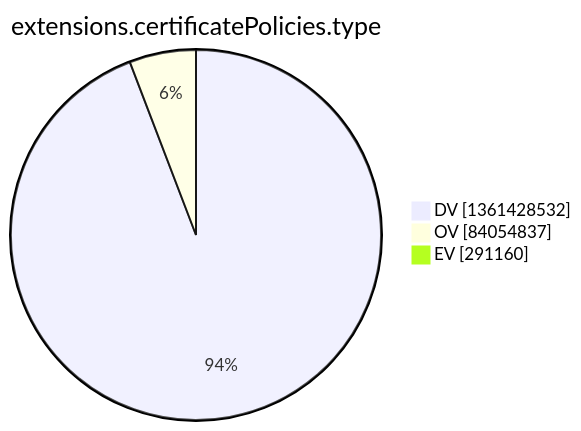
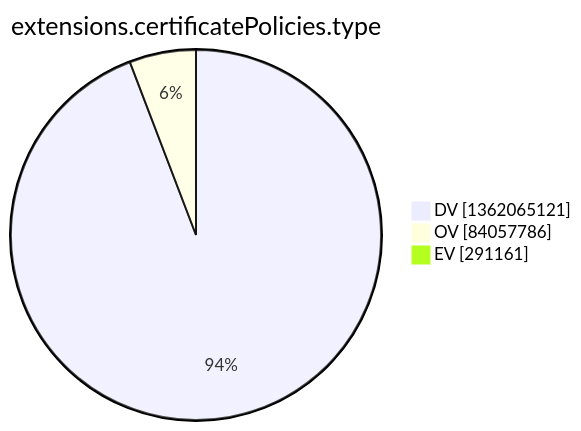
The tenth of 15 diagrams in argon2022/README.md (christiankrug/ctmonitor_visualization), drawn with Mermaid before and after one commit. The commit also changed other lines of this file, not shown here.

````diff
--- a/argon2022/README.md
+++ b/argon2022/README.md
@@ -2773,7 +2773,7 @@
 ```mermaid
 pie showData
 title extensions.certificatePolicies.type
-"DV" :1361428532
-"OV" :84054837
-"EV" :291160
+"DV" :1362065121
+"OV" :84057786
+"EV" :291161
 ```
````
